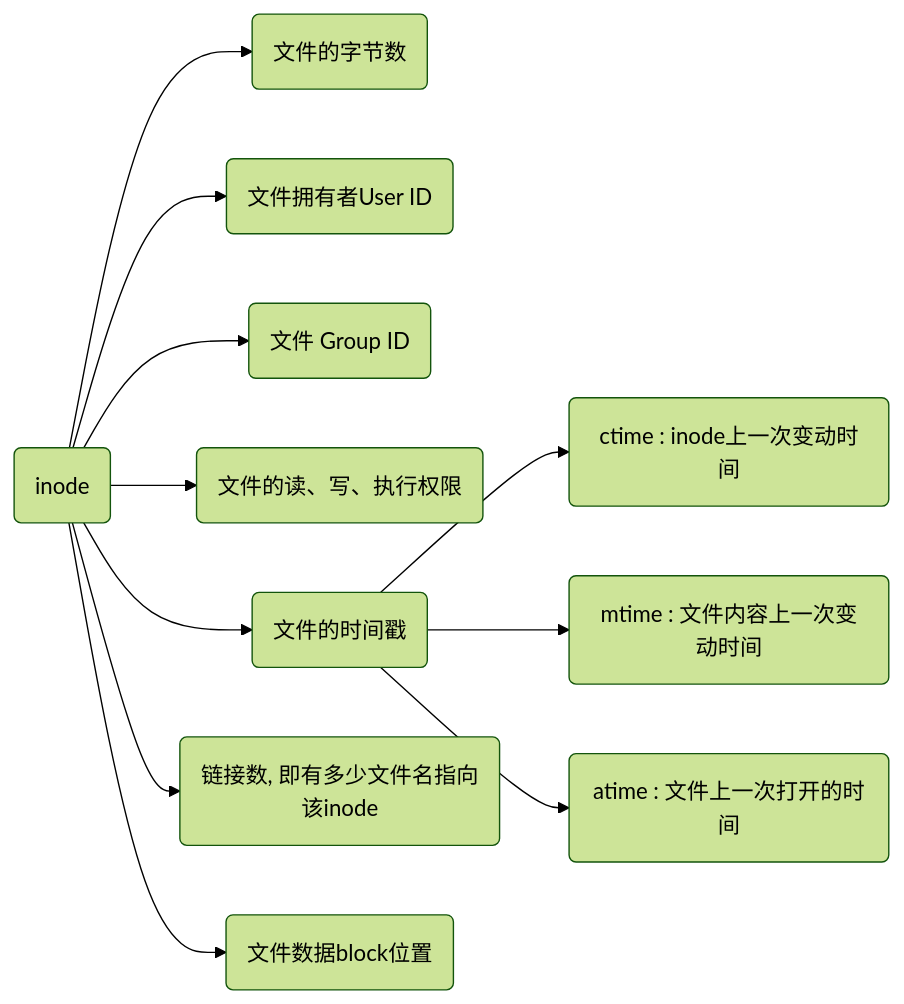
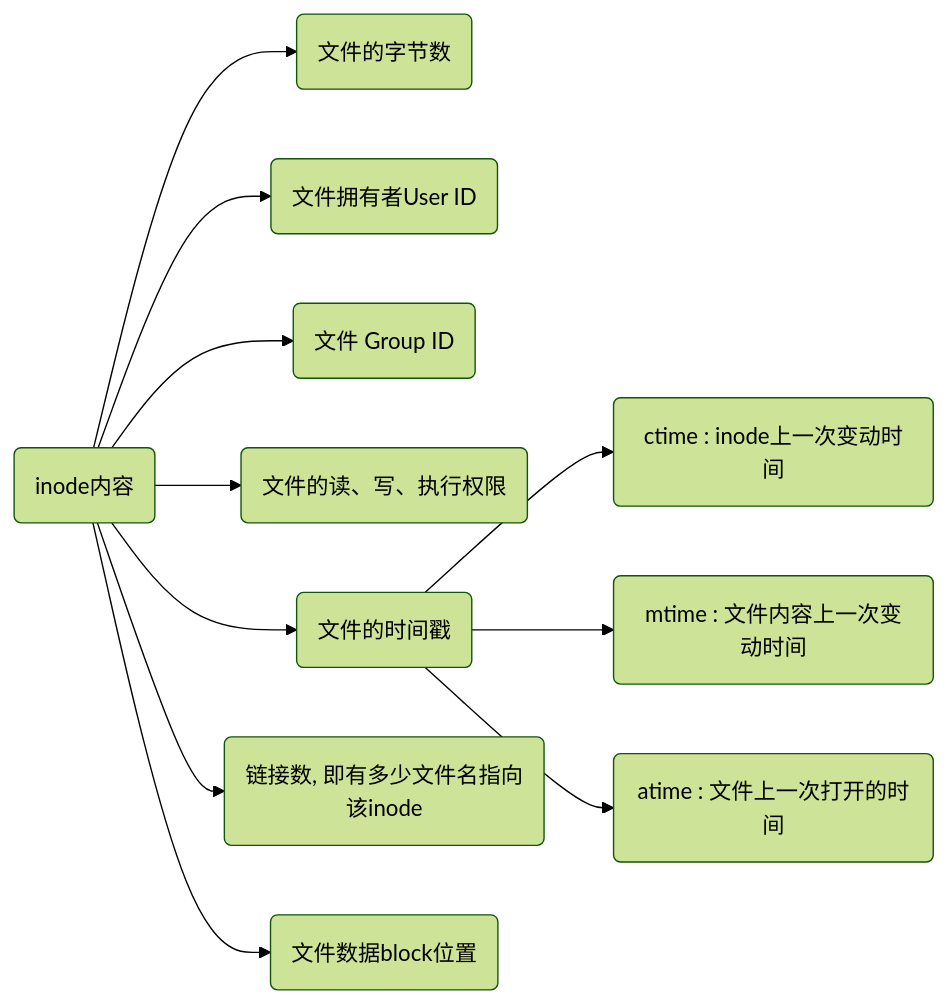
Before and after one commit to dmjcb/dmjcb.github.io: the diagram in _posts/操作系统/Linux/文件/2021-03-11-indoe.md, drawn with Mermaid (forest theme). The commit also changed other lines of this file and 82 other files, not shown here.

````diff
--- a/_posts/操作系统/Linux/文件/2021-03-11-indoe.md
+++ b/_posts/操作系统/Linux/文件/2021-03-11-indoe.md
@@ -41,15 +21,15 @@
 ```mermaid
 graph LR;
-    n(inode)
+    n(inode内容)
 
     n-->a0(文件的字节数)
     n-->a1(文件拥有者User ID)
     n-->a2(文件 Group ID)
     n-->a3(文件的读、写、执行权限)
     n-->a4(文件的时间戳)
         a4-->a41(ctime : inode上一次变动时间)
         a4-->a42(mtime : 文件内容上一次变动时间)
         a4-->a43(atime : 文件上一次打开的时间)
     n-->a5(链接数, 即有多少文件名指向该inode)
     n-->a6(文件数据block位置)
 ```
````
